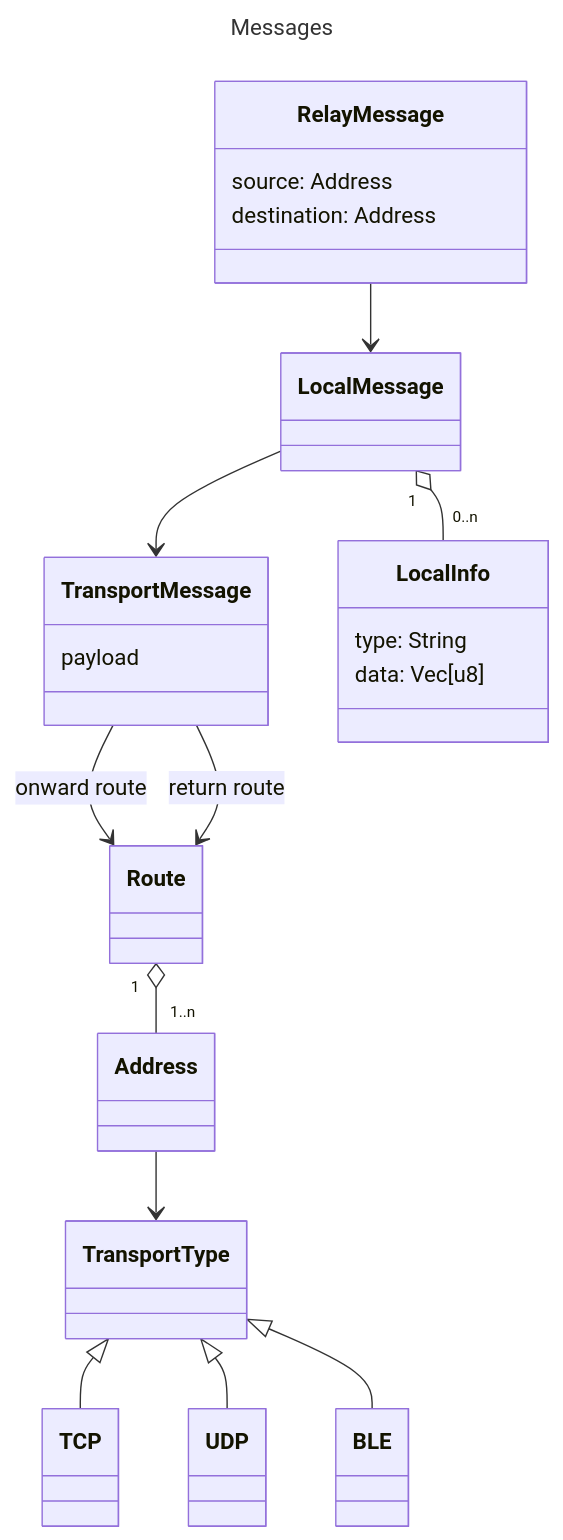
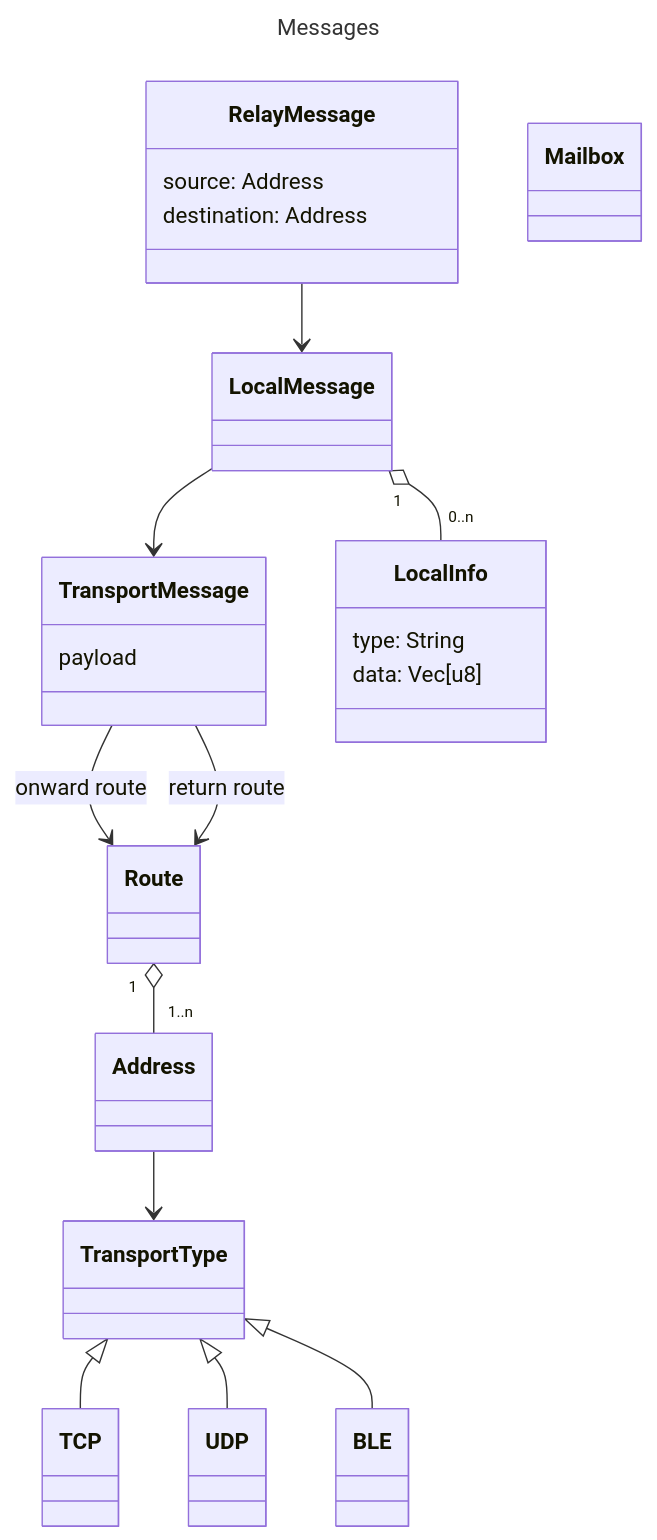
The first of 5 diagrams in reference/libraries/rust/internals/nodes.md (build-trust/ockam-documentation), drawn with Mermaid before and after one commit. The commit also changed other lines of this file, not shown here.

Commit message:
GITBOOK-634: No subject

````diff
--- a/reference/libraries/rust/internals/nodes.md
+++ b/reference/libraries/rust/internals/nodes.md
@@ -16,41 +21,36 @@
 ```mermaid
 ---
 title: Messages
 ---
 classDiagram
-
     class TransportType
     TransportType <|-- TCP
     TransportType <|-- UDP
     TransportType <|-- BLE
-
     class Address
     Address --> TransportType
-
     class Route
     Route "1" o-- "1..n" Address
 
     class TransportMessage {
       payload
     }
 
     TransportMessage --> Route : onward route
     TransportMessage --> Route : return route
 
     class LocalMessage
     LocalMessage --> TransportMessage
     LocalMessage "1" o-- "0..n" LocalInfo
-
     class LocalInfo {
       type: String
       data: Vec[u8]
     }
 
     class RelayMessage {
       source: Address
       destination: Address
     }
-
     RelayMessage --> LocalMessage
-    
+    class Mailbox
 ```
````
